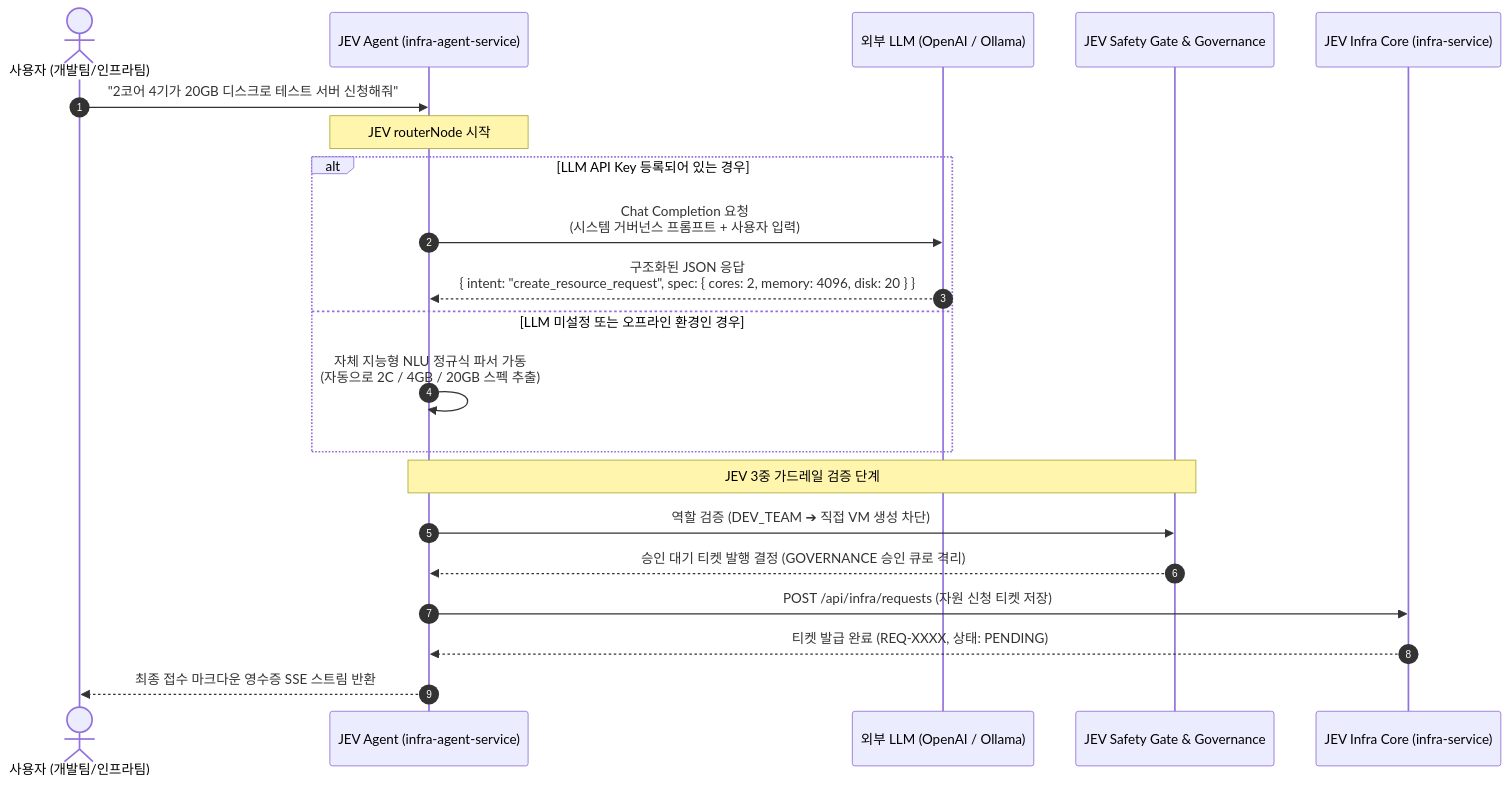
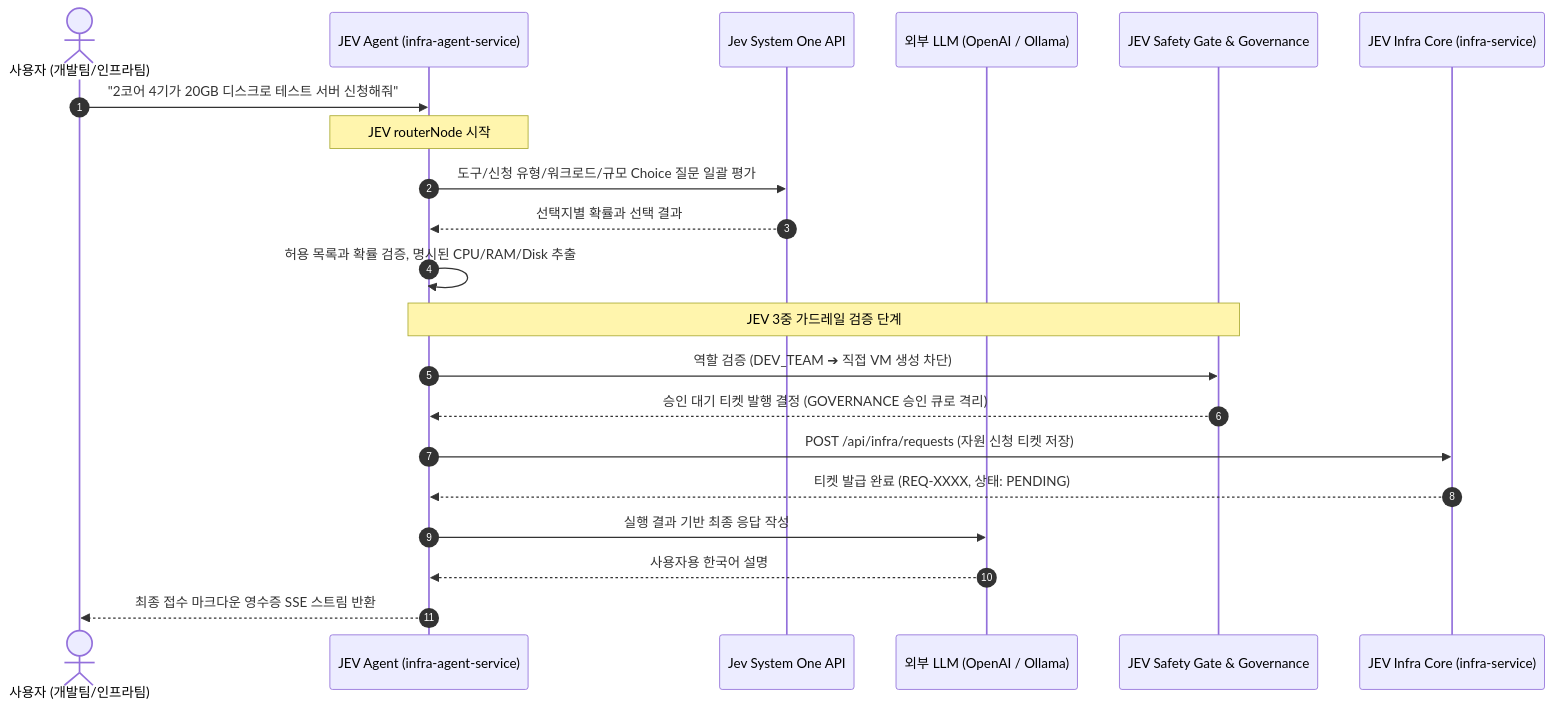
Before and after one commit to sjungwon03/jev-langgraph-example: the third of 4 diagrams in docs/ARCHITECTURE.md, drawn with Mermaid. The commit also changed other lines of this file and 8 other files, not shown here.

Commit message:
feat(agent): route infrastructure decisions through Jev

````diff
--- a/docs/ARCHITECTURE.md
+++ b/docs/ARCHITECTURE.md
@@ -126,28 +122,28 @@
 ```mermaid
 sequenceDiagram
     autonumber
     actor User as 사용자 (개발팀/인프라팀)
     participant JEV_Agent as JEV Agent (infra-agent-service)
+    participant Jev as Jev System One API
     participant Ext_LLM as 외부 LLM (OpenAI / Ollama)
     participant JEV_Gate as JEV Safety Gate & Governance
     participant JEV_Infra as JEV Infra Core (infra-service)
 
     User->>JEV_Agent: "2코어 4기가 20GB 디스크로 테스트 서버 신청해줘"
     Note over JEV_Agent: JEV routerNode 시작
 
-    alt LLM API Key 등록되어 있는 경우
-        JEV_Agent->>Ext_LLM: Chat Completion 요청<br/>(시스템 거버넌스 프롬프트 + 사용자 입력)
-        Ext_LLM-->>JEV_Agent: 구조화된 JSON 응답<br/>{ intent: "create_resource_request", spec: { cores: 2, memory: 4096, disk: 20 } }
-    else LLM 미설정 또는 오프라인 환경인 경우
-        JEV_Agent->>JEV_Agent: 자체 지능형 NLU 정규식 파서 가동<br/>(자동으로 2C / 4GB / 20GB 스펙 추출)
-    end
+    JEV_Agent->>Jev: 도구/신청 유형/워크로드/규모 Choice 질문 일괄 평가
+    Jev-->>JEV_Agent: 선택지별 확률과 선택 결과
+    JEV_Agent->>JEV_Agent: 허용 목록과 확률 검증, 명시된 CPU/RAM/Disk 추출
 
     Note over JEV_Agent,JEV_Gate: JEV 3중 가드레일 검증 단계
     JEV_Agent->>JEV_Gate: 역할 검증 (DEV_TEAM ➔ 직접 VM 생성 차단)
     JEV_Gate-->>JEV_Agent: 승인 대기 티켓 발행 결정 (GOVERNANCE 승인 큐로 격리)
 
     JEV_Agent->>JEV_Infra: POST /api/infra/requests (자원 신청 티켓 저장)
     JEV_Infra-->>JEV_Agent: 티켓 발급 완료 (REQ-XXXX, 상태: PENDING)
 
+    JEV_Agent->>Ext_LLM: 실행 결과 기반 최종 응답 작성
+    Ext_LLM-->>JEV_Agent: 사용자용 한국어 설명
     JEV_Agent-->>User: 최종 접수 마크다운 영수증 SSE 스트림 반환
 ```
````
